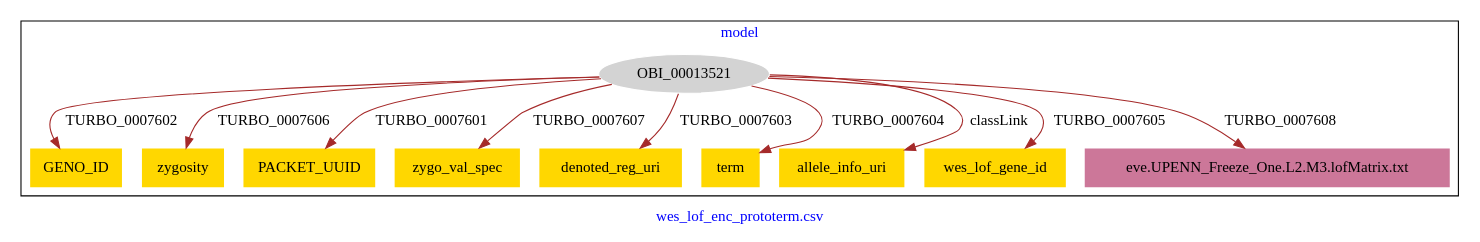
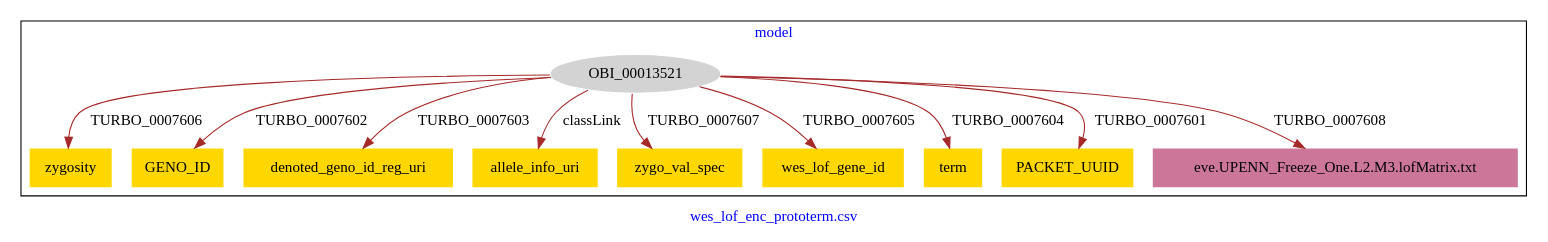
Before and after one commit to PennTURBO/turbo-ontology: the diagram in karma_models/wes_lof_enc_prototerm_shortcuts-model.dot, drawn with Graphviz.

Commit message:
Update file wes_lof_enc_prototerm_shortcuts-model.dot

```diff
--- a/karma_models/wes_lof_enc_prototerm_shortcuts-model.dot
+++ b/karma_models/wes_lof_enc_prototerm_shortcuts-model.dot
@@ -1,27 +1,27 @@
 digraph n0 {
 fontcolor="blue"
 remincross="true"
 label="wes_lof_enc_prototerm.csv"
 subgraph cluster {
 label="model"
 n2[style="filled",color="white",fillcolor="lightgray",label="OBI_00013521"];
-n3[shape="plaintext",style="filled",fillcolor="gold",label="GENO_ID"];
-n4[shape="plaintext",style="filled",fillcolor="gold",label="zygosity"];
-n5[shape="plaintext",style="filled",fillcolor="gold",label="PACKET_UUID"];
-n6[shape="plaintext",style="filled",fillcolor="gold",label="zygo_val_spec"];
-n7[shape="plaintext",style="filled",fillcolor="gold",label="denoted_reg_uri"];
-n8[shape="plaintext",style="filled",fillcolor="gold",label="term"];
-n9[shape="plaintext",style="filled",fillcolor="gold",label="allele_info_uri"];
-n10[shape="plaintext",style="filled",fillcolor="gold",label="wes_lof_gene_id"];
+n3[shape="plaintext",style="filled",fillcolor="gold",label="zygosity"];
+n4[shape="plaintext",style="filled",fillcolor="gold",label="GENO_ID"];
+n5[shape="plaintext",style="filled",fillcolor="gold",label="denoted_geno_id_reg_uri"];
+n6[shape="plaintext",style="filled",fillcolor="gold",label="allele_info_uri"];
+n7[shape="plaintext",style="filled",fillcolor="gold",label="zygo_val_spec"];
+n8[shape="plaintext",style="filled",fillcolor="gold",label="wes_lof_gene_id"];
+n9[shape="plaintext",style="filled",fillcolor="gold",label="term"];
+n10[shape="plaintext",style="filled",fillcolor="gold",label="PACKET_UUID"];
 n11[shape="plaintext",style="filled",fillcolor="#CC7799",label="eve.UPENN_Freeze_One.L2.M3.lofMatrix.txt"];
 }
-n2 -> n3[color="brown",fontcolor="black",label="TURBO_0007602"]
-n2 -> n4[color="brown",fontcolor="black",label="TURBO_0007606"]
-n2 -> n5[color="brown",fontcolor="black",label="TURBO_0007601"]
-n2 -> n6[color="brown",fontcolor="black",label="TURBO_0007607"]
-n2 -> n7[color="brown",fontcolor="black",label="TURBO_0007603"]
-n2 -> n8[color="brown",fontcolor="black",label="TURBO_0007604"]
-n2 -> n9[color="brown",fontcolor="black",label="classLink"]
-n2 -> n10[color="brown",fontcolor="black",label="TURBO_0007605"]
+n2 -> n3[color="brown",fontcolor="black",label="TURBO_0007606"]
+n2 -> n4[color="brown",fontcolor="black",label="TURBO_0007602"]
+n2 -> n5[color="brown",fontcolor="black",label="TURBO_0007603"]
+n2 -> n6[color="brown",fontcolor="black",label="classLink"]
+n2 -> n7[color="brown",fontcolor="black",label="TURBO_0007607"]
+n2 -> n8[color="brown",fontcolor="black",label="TURBO_0007605"]
+n2 -> n9[color="brown",fontcolor="black",label="TURBO_0007604"]
+n2 -> n10[color="brown",fontcolor="black",label="TURBO_0007601"]
 n2 -> n11[color="brown",fontcolor="black",label="TURBO_0007608"]
 }
```
